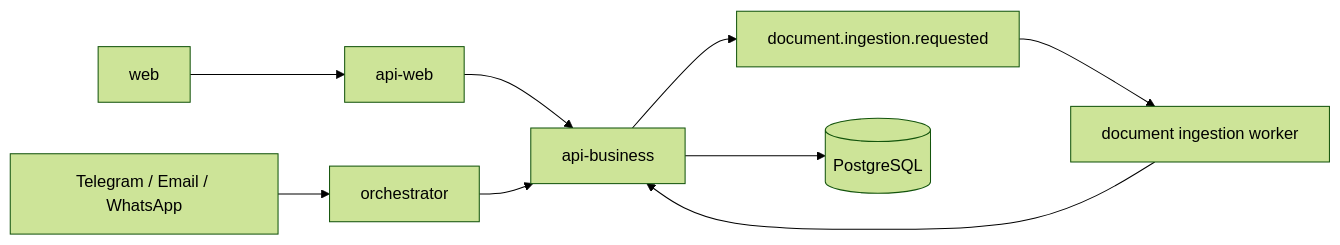
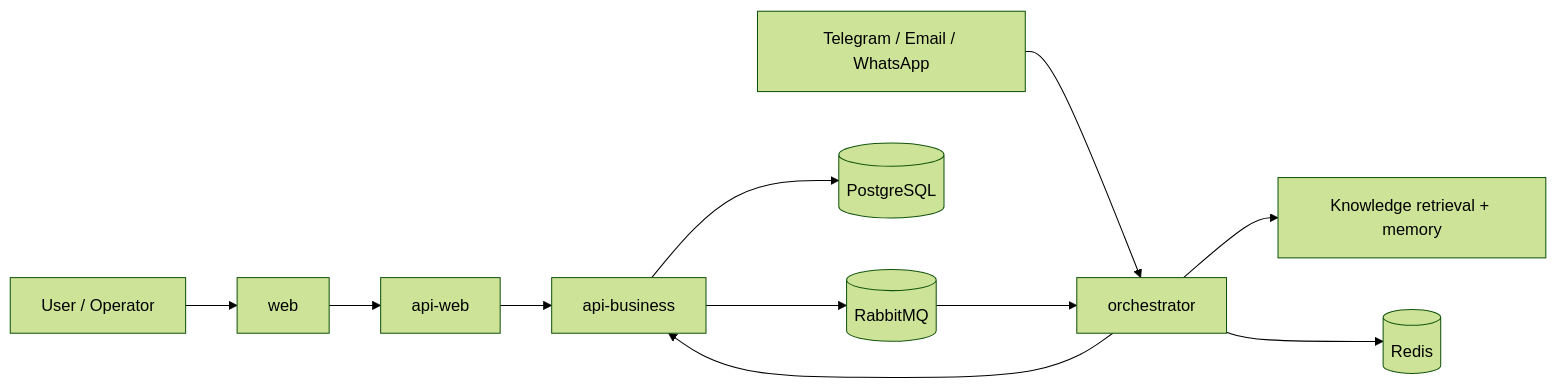
Before and after one commit to CiceroDeveloper01/rag-platform: the first of 3 diagrams in README.md, drawn with Mermaid (forest theme). The commit also changed other lines of this file and 94 other files, not shown here.

````diff
--- a/README.md
+++ b/README.md
@@ -83,11 +60,13 @@
 ```mermaid
 flowchart LR
-    Web[web] --> APIWeb[api-web]
+    User[User / Operator] --> Web[web]
+    Web --> APIWeb[api-web]
     APIWeb --> APIBusiness[api-business]
     Channel[Telegram / Email / WhatsApp] --> Orchestrator[orchestrator]
     Orchestrator --> APIBusiness
-    APIBusiness --> RabbitMQ[document.ingestion.requested]
-    RabbitMQ --> IngestionWorker[document ingestion worker]
-    IngestionWorker --> APIBusiness
+    Orchestrator --> Knowledge[Knowledge retrieval + memory]
     APIBusiness --> Postgres[(PostgreSQL)]
+    Orchestrator --> Redis[(Redis)]
+    APIBusiness --> RabbitMQ[(RabbitMQ)]
+    RabbitMQ --> Orchestrator
 ```
````
